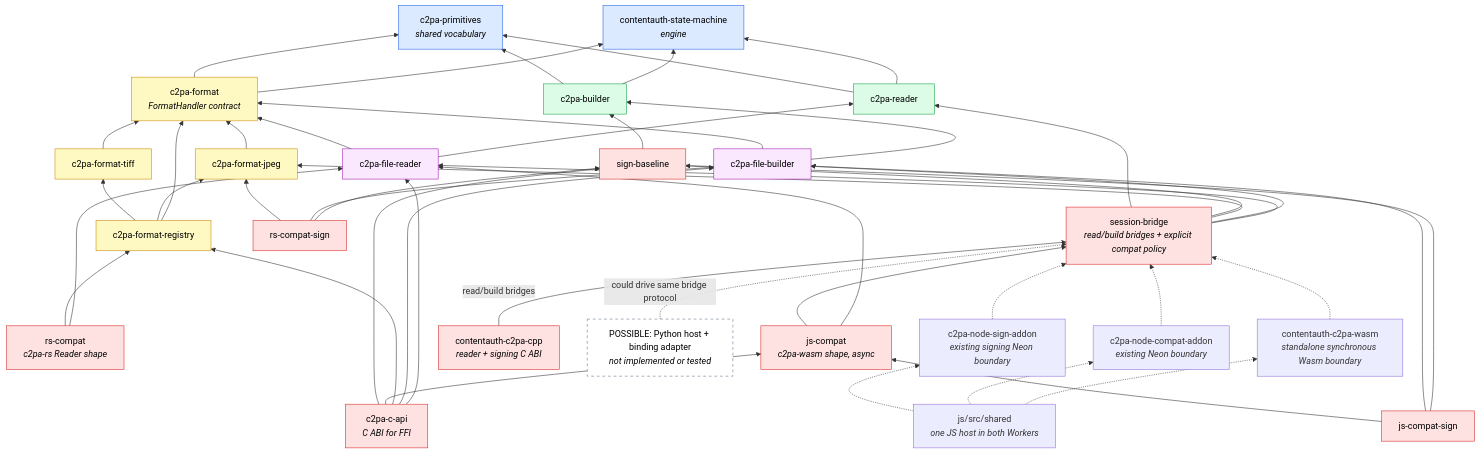
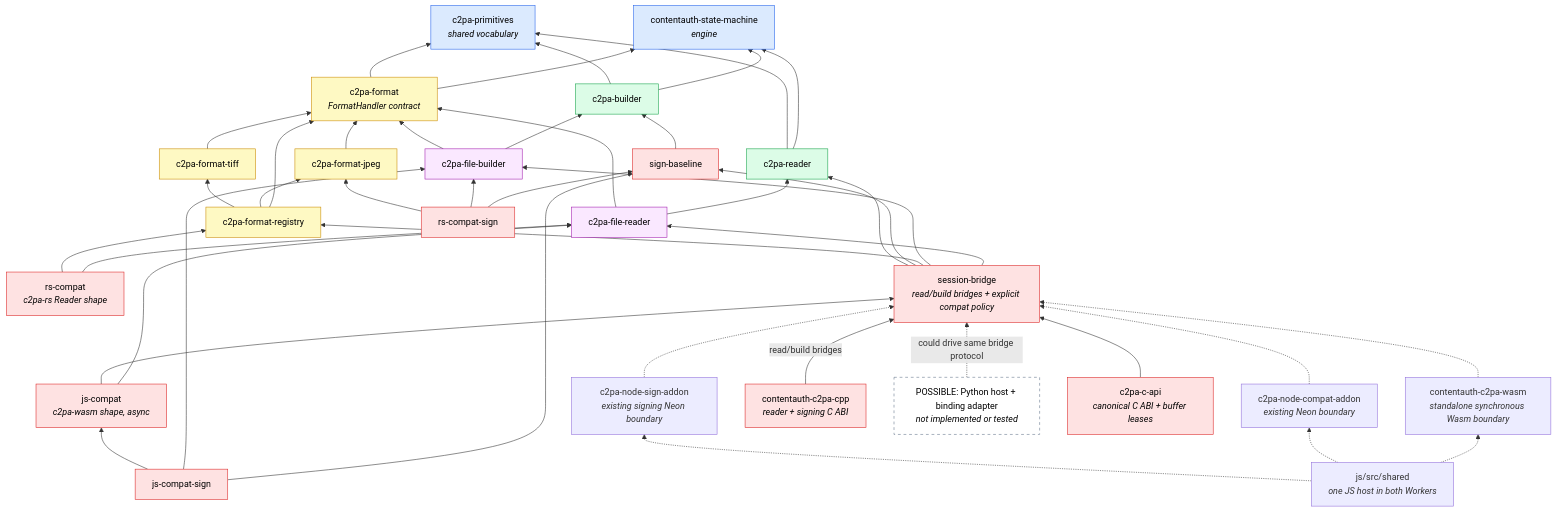
One commit to scouten/state-machine-experiment changed the first of 2 diagrams in docs/walkthrough/02-architecture.md. Above: the diagram before and after it, drawn with Mermaid. The commit also changed other lines of this file and 46 other files, not shown here.

First line of the commit message:
Replace canonical C API with tested session bridge FFI

````diff
--- a/docs/walkthrough/02-architecture.md
+++ b/docs/walkthrough/02-architecture.md
@@ -14,66 +14,66 @@
 ```mermaid
 flowchart BT
     SM["contentauth-state-machine<br/><i>engine</i>"]
     PR["c2pa-primitives<br/><i>shared vocabulary</i>"]
 
     RD["c2pa-reader"]
     BD["c2pa-builder"]
     FM["c2pa-format<br/><i>FormatHandler contract</i>"]
 
     JP["c2pa-format-jpeg"]
     TF["c2pa-format-tiff"]
     RG["c2pa-format-registry"]
 
     FR["c2pa-file-reader"]
     FB["c2pa-file-builder"]
 
     RSC["rs-compat<br/><i>c2pa-rs Reader shape</i>"]
     JSC["js-compat<br/><i>c2pa-wasm shape, async</i>"]
     BR["session-bridge<br/><i>read/build bridges + explicit compat policy</i>"]
 
     SB["sign-baseline"]
     RSS["rs-compat-sign"]
     JSS["js-compat-sign"]
     HOST["js/src/shared<br/><i>one JS host in both Workers</i>"]
     PW["contentauth-c2pa-wasm<br/><i>standalone synchronous Wasm boundary</i>"]
     PN["c2pa-node-compat-addon<br/><i>existing Neon boundary</i>"]
     PNS["c2pa-node-sign-addon<br/><i>existing signing Neon boundary</i>"]
     CPP["contentauth-c2pa-cpp<br/><i>reader + signing C ABI</i>"]
     PY["POSSIBLE: Python host + binding adapter<br/><i>not implemented or tested</i>"]
-    CAPI["c2pa-c-api<br/><i>C ABI for FFI</i>"]
+    CAPI["c2pa-c-api<br/><i>canonical C ABI + buffer leases</i>"]
 
     RD --> SM & PR
     BD --> SM & PR
     FM --> SM & PR
     JP --> FM
     TF --> FM
     RG --> FM & JP & TF
     FR --> RD & FM
     FB --> BD & FM
     RSC --> FR & RG
     JSC --> FR & BR
-    BR --> FR & FB & JP & SB & RD
+    BR --> FR & FB & RG & SB & RD
     SB --> BD
     RSS --> SB & FB & JP
     JSS --> SB & FB & JSC
     HOST -.-> PW & PN & PNS
     PW -.-> BR
     PN -.-> BR
     PNS -.-> BR
     CPP -->|"read/build bridges"| BR
     PY -.->|"could drive same bridge protocol"| BR
-    CAPI --> FR & FB & RG & JSC & SB
+    CAPI --> BR
 
     classDef engine fill:#dbeafe,stroke:#2563eb,color:#000
     classDef core fill:#dcfce7,stroke:#16a34a,color:#000
     classDef fmt fill:#fef9c3,stroke:#ca8a04,color:#000
     classDef glue fill:#fae8ff,stroke:#a21caf,color:#000
     classDef bind fill:#fee2e2,stroke:#dc2626,color:#000
     classDef proposed fill:#fff,stroke:#64748b,stroke-dasharray:5 5,color:#000
     class SM,PR engine
     class RD,BD core
     class FM,JP,TF,RG fmt
     class FR,FB glue
     class RSC,JSC,BR,CPP,SB,RSS,JSS,CAPI bind
     class PY proposed
 ```
````
